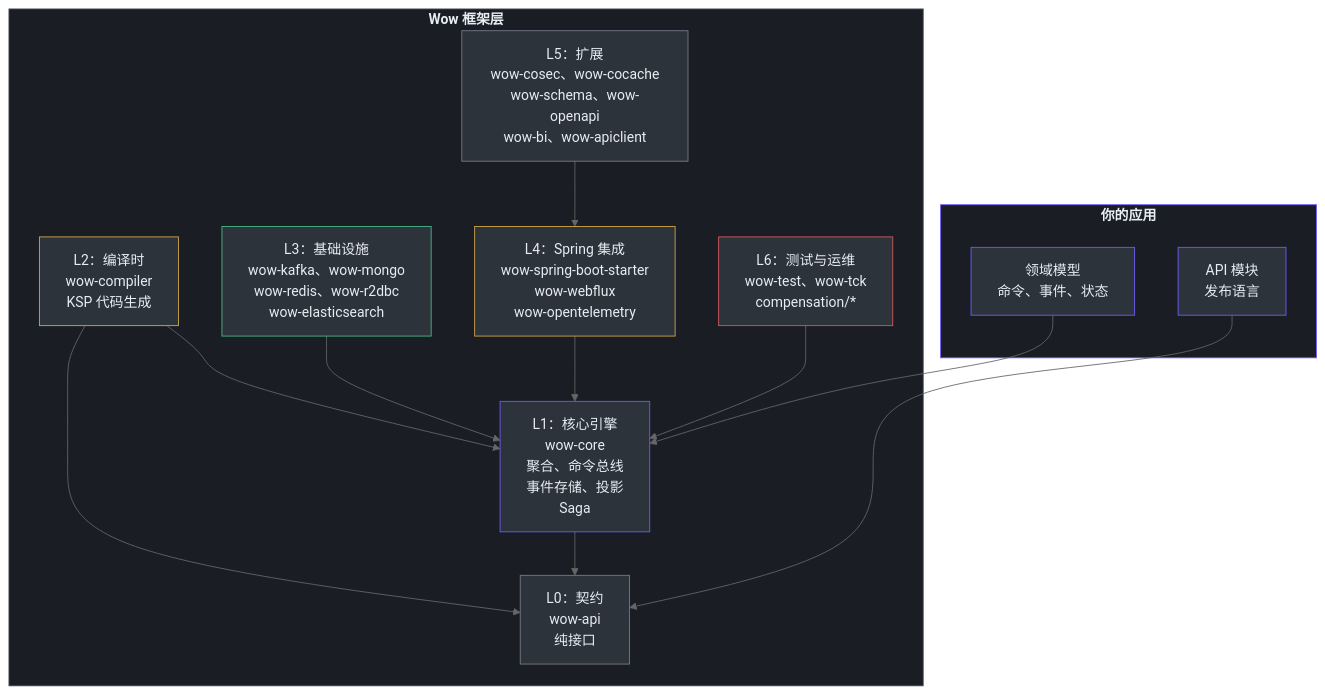
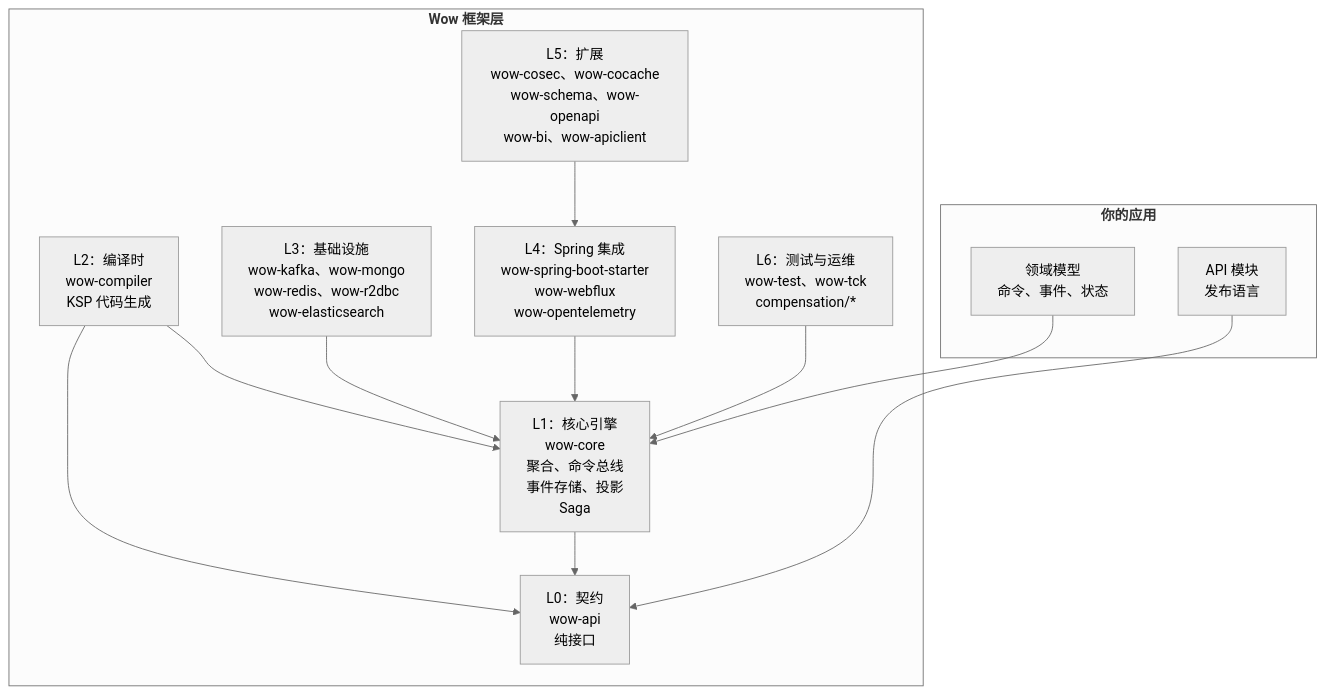
Before and after one commit to Ahoo-Wang/Wow: the third of 7 diagrams in documentation/docs/zh/onboarding/executive-guide.md, drawn with Mermaid (neutral theme). The commit also changed other lines of this file and 32 other files, not shown here.

Commit message:
docs: remove unsupported style/classDef directives from stateDiagram-v2 Mermaid blocks

````diff
--- a/documentation/docs/zh/onboarding/executive-guide.md
+++ b/documentation/docs/zh/onboarding/executive-guide.md
@@ -149,39 +130,28 @@
 ```mermaid
 graph TB
     subgraph APP["<b>你的应用</b>"]
         DOMAIN["领域模型<br>命令、事件、状态"]
         API["API 模块<br>发布语言"]
     end
 
     subgraph FRAMEWORK["<b>Wow 框架层</b>"]
         F1["L0：契约<br>wow-api<br>纯接口"]
         F2["L1：核心引擎<br>wow-core<br>聚合、命令总线<br>事件存储、投影<br>Saga"]
         F3["L2：编译时<br>wow-compiler<br>KSP 代码生成"]
         F4["L3：基础设施<br>wow-kafka、wow-mongo<br>wow-redis、wow-r2dbc<br>wow-elasticsearch"]
         F5["L4：Spring 集成<br>wow-spring-boot-starter<br>wow-webflux<br>wow-opentelemetry"]
         F6["L5：扩展<br>wow-cosec、wow-cocache<br>wow-schema、wow-openapi<br>wow-bi、wow-apiclient"]
         F7["L6：测试与运维<br>wow-test、wow-tck<br>compensation/*"]
     end
 
     DOMAIN --> F2
     API --> F1
     F2 --> F1
     F3 --> F1
     F3 --> F2
     F4 --> F2
     F5 --> F2
     F6 --> F5
     F7 --> F2
 
-    style APP fill:#1a1d23,stroke:#6d5dfc,color:#e6edf3
-    style FRAMEWORK fill:#1a1d23,stroke:#444c56,color:#e6edf3
-    style DOMAIN fill:#2d333b,stroke:#6d5dfc,color:#e6edf3
-    style API fill:#2d333b,stroke:#6d5dfc,color:#e6edf3
-    style F1 fill:#2d333b,stroke:#7a7a8a,color:#e6edf3
-    style F2 fill:#2d333b,stroke:#6d5dfc,color:#e6edf3
-    style F3 fill:#2d333b,stroke:#d4a84b,color:#e6edf3
-    style F4 fill:#2d333b,stroke:#4aba8a,color:#e6edf3
-    style F5 fill:#2d333b,stroke:#d4a84b,color:#e6edf3
-    style F6 fill:#2d333b,stroke:#7a7a8a,color:#e6edf3
-    style F7 fill:#2d333b,stroke:#d45b5b,color:#e6edf3
 ```
````
